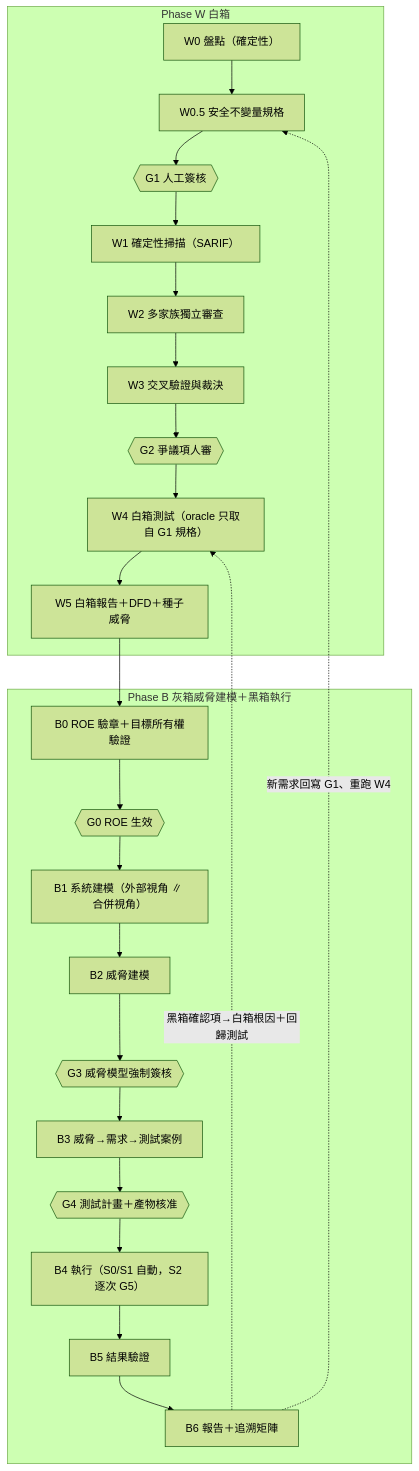
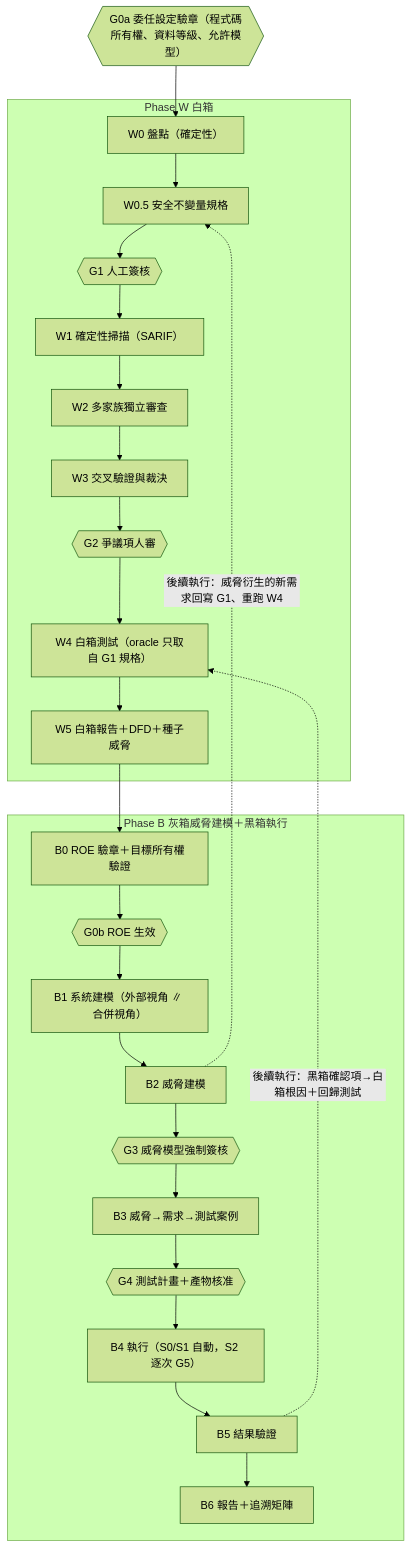
The diagram in docs/02-methodology.md (chinchiang/VibeCheckHarness), drawn with Mermaid (forest theme) before and after one commit. The commit also changed other lines of this file and 30 other files, not shown here.

````diff
--- a/docs/02-methodology.md
+++ b/docs/02-methodology.md
@@ -9,27 +9,28 @@
 ```mermaid
 flowchart TD
+  G0a{{"G0a 委任設定驗章（程式碼所有權、資料等級、允許模型）"}} --> W0
   subgraph W["Phase W 白箱"]
     W0["W0 盤點（確定性）"] --> W05["W0.5 安全不變量規格"]
     W05 --> G1{{"G1 人工簽核"}}
     G1 --> W1["W1 確定性掃描（SARIF）"]
     W1 --> W2["W2 多家族獨立審查"]
     W2 --> W3["W3 交叉驗證與裁決"]
     W3 --> G2{{"G2 爭議項人審"}}
     G2 --> W4["W4 白箱測試（oracle 只取自 G1 規格）"]
     W4 --> W5["W5 白箱報告＋DFD＋種子威脅"]
   end
   subgraph B["Phase B 灰箱威脅建模＋黑箱執行"]
-    B0["B0 ROE 驗章＋目標所有權驗證"] --> G0{{"G0 ROE 生效"}}
-    G0 --> B1["B1 系統建模（外部視角 ∥ 合併視角）"]
+    B0["B0 ROE 驗章＋目標所有權驗證"] --> G0b{{"G0b ROE 生效"}}
+    G0b --> B1["B1 系統建模（外部視角 ∥ 合併視角）"]
     B1 --> B2["B2 威脅建模"]
     B2 --> G3{{"G3 威脅模型強制簽核"}}
     G3 --> B3["B3 威脅→需求→測試案例"]
     B3 --> G4{{"G4 測試計畫＋產物核准"}}
     G4 --> B4["B4 執行（S0/S1 自動，S2 逐次 G5）"]
     B4 --> B5["B5 結果驗證"]
     B5 --> B6["B6 報告＋追溯矩陣"]
   end
   W5 --> B0
-  B6 -. "新需求回寫 G1、重跑 W4" .-> W05
-  B6 -. "黑箱確認項→白箱根因＋回歸測試" .-> W4
+  B2 -. "後續執行：威脅衍生的新需求回寫 G1、重跑 W4" .-> W05
+  B5 -. "後續執行：黑箱確認項→白箱根因＋回歸測試" .-> W4
 ```
````
